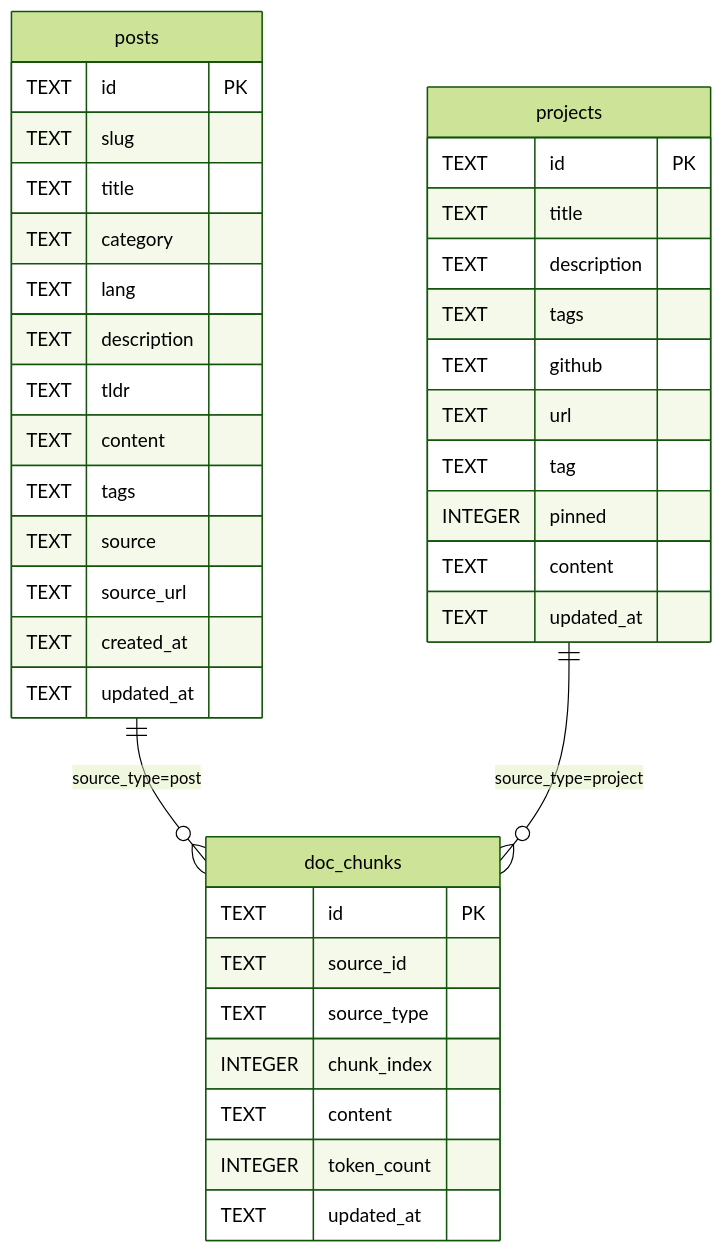
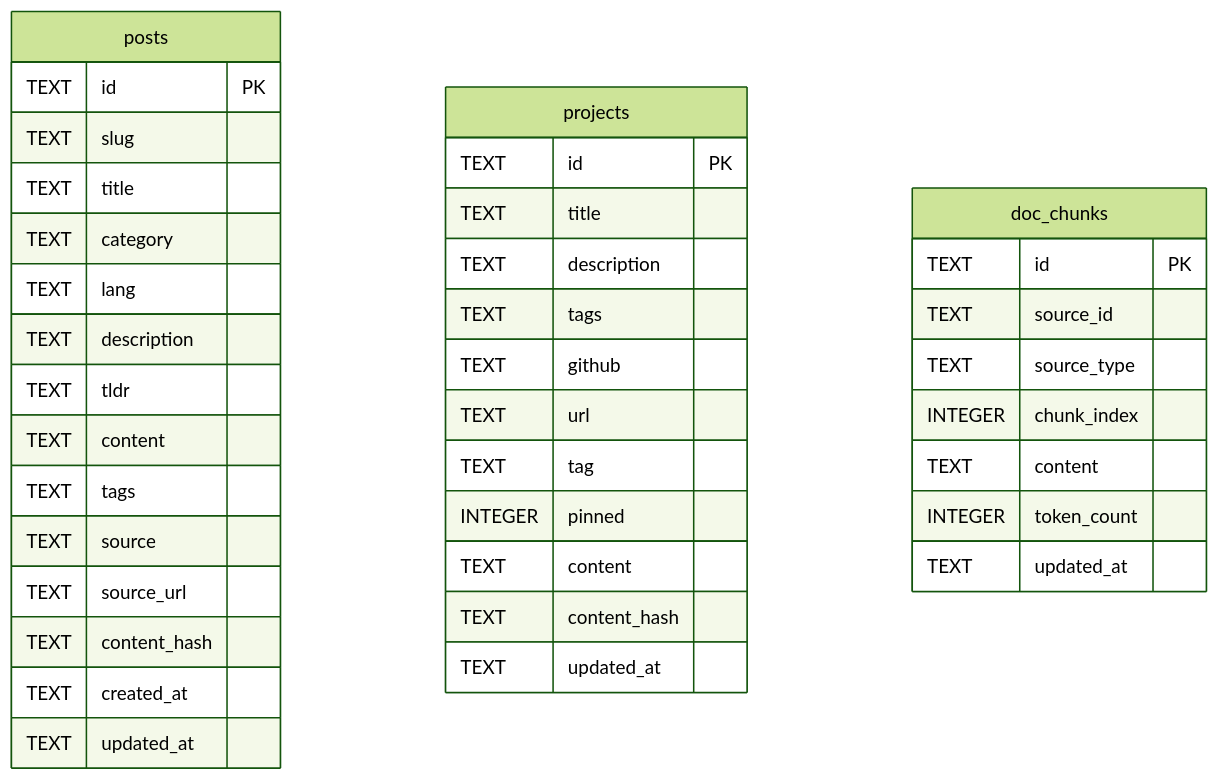
The fourth of 4 diagrams in docs/architecture.md (a920604a/engineernews), drawn with Mermaid (forest theme) before and after one commit. The commit also changed other lines of this file and 2 other files, not shown here.

Commit message:
feat: Add deploy trigger to crawl workflow and enhance architecture documentation with incremental sync details

````diff
--- a/docs/architecture.md
+++ b/docs/architecture.md
@@ -114,42 +113,41 @@
 ```mermaid
 erDiagram
   posts {
     TEXT id PK
     TEXT slug
     TEXT title
     TEXT category
     TEXT lang
     TEXT description
     TEXT tldr
     TEXT content
     TEXT tags
     TEXT source
     TEXT source_url
+    TEXT content_hash
     TEXT created_at
     TEXT updated_at
   }
   projects {
     TEXT id PK
     TEXT title
     TEXT description
     TEXT tags
     TEXT github
     TEXT url
     TEXT tag
     INTEGER pinned
     TEXT content
+    TEXT content_hash
     TEXT updated_at
   }
   doc_chunks {
     TEXT id PK
     TEXT source_id
     TEXT source_type
     INTEGER chunk_index
     TEXT content
     INTEGER token_count
     TEXT updated_at
   }
-
-  posts ||--o{ doc_chunks : "source_type=post"
-  projects ||--o{ doc_chunks : "source_type=project"
 ```
````
